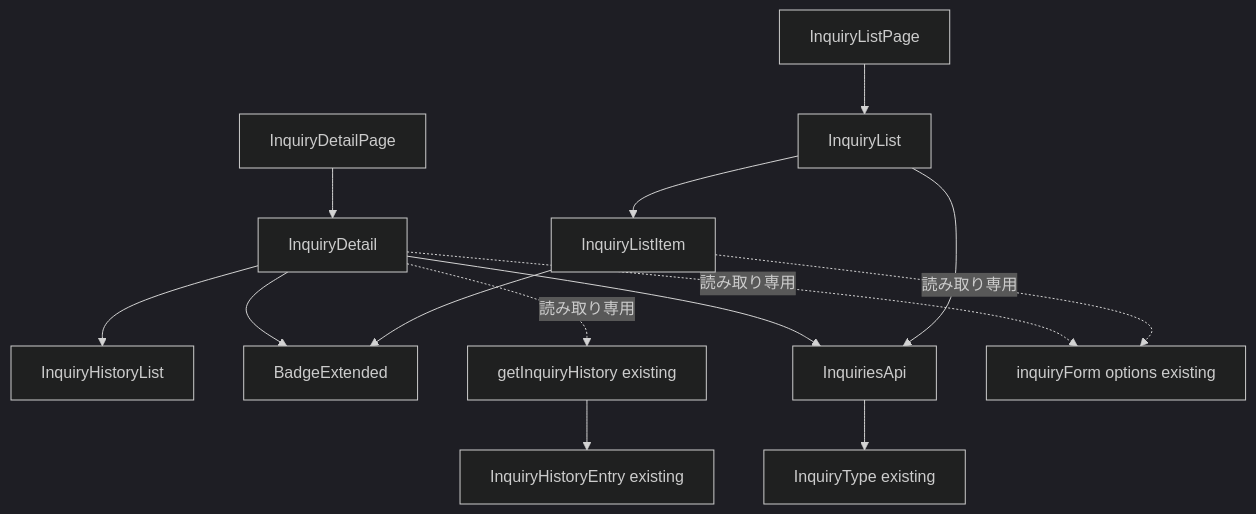
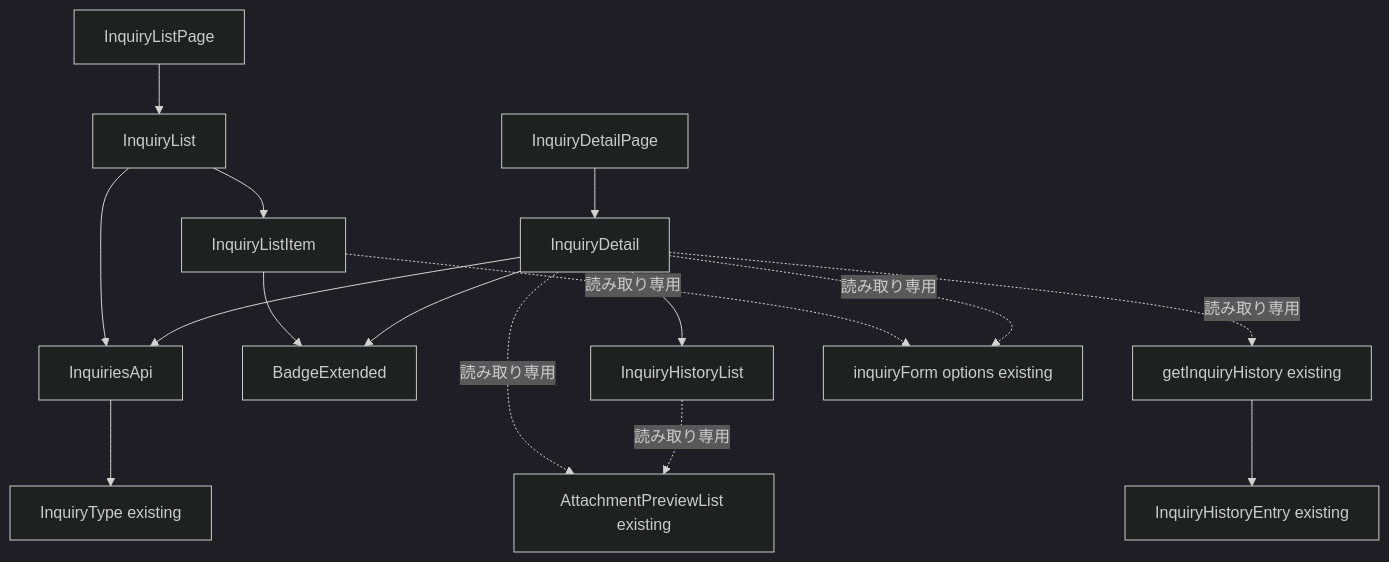
One commit to yuitosuenaga/daiso-portal-mock changed the first of 3 diagrams in .kiro/specs/inquiry-list/design.md. Above: the diagram before and after it, drawn with Mermaid (dark theme). The commit also changed other lines of this file and 10 other files, not shown here.

````diff
--- a/.kiro/specs/inquiry-list/design.md
+++ b/.kiro/specs/inquiry-list/design.md
@@ -63,29 +72,32 @@
 ```mermaid
 graph TB
     ListPage[InquiryListPage]
     DetailPage[InquiryDetailPage]
     List[InquiryList]
     ListItem[InquiryListItem]
     Detail[InquiryDetail]
     HistoryList[InquiryHistoryList]
     Badge[BadgeExtended]
+    Attachments[AttachmentPreviewList existing]
     Api[InquiriesApi]
     HistoryApi[getInquiryHistory existing]
     Types[InquiryType existing]
     HistoryTypes[InquiryHistoryEntry existing]
     InquiryFormMessages[inquiryForm options existing]
 
     ListPage --> List
     List --> ListItem
     ListItem --> Badge
     DetailPage --> Detail
     Detail --> Badge
     Detail --> HistoryList
+    Detail -.読み取り専用.-> Attachments
+    HistoryList -.読み取り専用.-> Attachments
     List --> Api
     Detail --> Api
     Detail -.読み取り専用.-> HistoryApi
     HistoryApi --> HistoryTypes
     Api --> Types
     ListItem -.読み取り専用.-> InquiryFormMessages
     Detail -.読み取り専用.-> InquiryFormMessages
 ```
````
